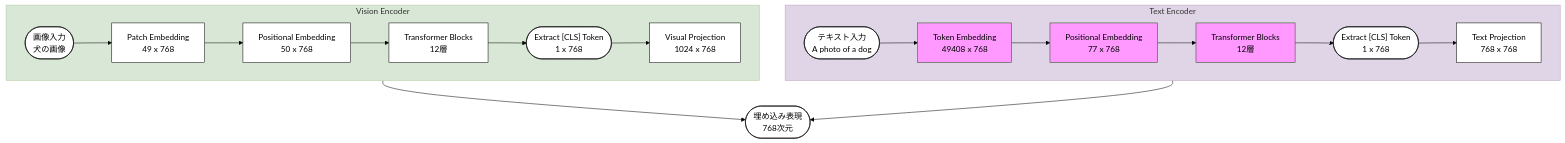
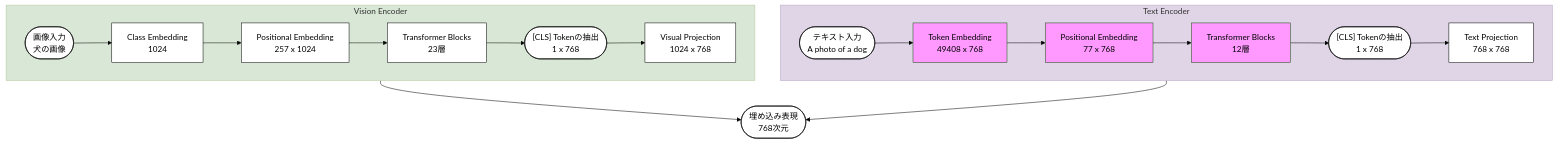
One commit to xhiroga/zenn-content changed the diagram in articles/clip-in-stable-diffusion.md. Above: the diagram before and after it, drawn with Mermaid (forest theme). The commit also changed other lines of this file, not shown here.

Commit message:
fix: clip architecture

````diff
--- a/articles/clip-in-stable-diffusion.md
+++ b/articles/clip-in-stable-diffusion.md
@@ -28,41 +36,41 @@
 ```mermaid
 flowchart TB
 
 text_input([テキスト入力<br/>A photo of a dog]):::simple
 image_input([画像入力<br/>犬の画像]):::simple
 
 subgraph text_encoder["Text Encoder"]
 direction LR
 token_embedding[Token Embedding<br/>49408 x 768]:::sd
 positional_embedding[Positional Embedding<br/>77 x 768]:::sd
 resblocks_text[Transformer Blocks<br/>12層]:::sd
-eos_token(["Extract [CLS] Token<br/>1 x 768"]):::simple
+eos_token(["[CLS] Tokenの抽出<br/>1 x 768"]):::simple
 text_projection[Text Projection<br/>768 x 768]:::simple
 text_input --> token_embedding
 token_embedding --> positional_embedding
 positional_embedding --> resblocks_text --> eos_token --> text_projection
 end
 
 subgraph vision_encoder["Vision Encoder"]
 direction LR
-patch_embedding[Patch Embedding<br/>49 x 768]:::simple
-positional_embedding_vision[Positional Embedding<br/>50 x 768]:::simple
-resblocks_vision[Transformer Blocks<br/>12層]:::simple
-cls_token(["Extract [CLS] Token<br/>1 x 768"]):::simple
+class_embedding[Class Embedding<br/>1024]:::simple
+positional_embedding_vision[Positional Embedding<br/>257 x 1024]:::simple
+resblocks_vision[Transformer Blocks<br/>23層]:::simple
+cls_token(["[CLS] Tokenの抽出<br/>1 x 768"]):::simple
 visual_projection[Visual Projection<br/>1024 x 768]:::simple
-image_input --> patch_embedding
-patch_embedding --> positional_embedding_vision
+image_input --> class_embedding
+class_embedding --> positional_embedding_vision
 positional_embedding_vision --> resblocks_vision --> cls_token --> visual_projection
 end
 
 output([埋め込み表現<br/>768次元]):::simple
 text_projection --> output
 visual_projection --> output
 
 classDef textEncoder fill:#DFD5E6,stroke:#B9A6C5
 class text_encoder textEncoder
 classDef visionEncoder fill:#D9E7D6,stroke:#B4CDA3
 class vision_encoder visionEncoder
 classDef simple fill:#fff,stroke:#000
 classDef sd fill:#f9f
 ```
````
